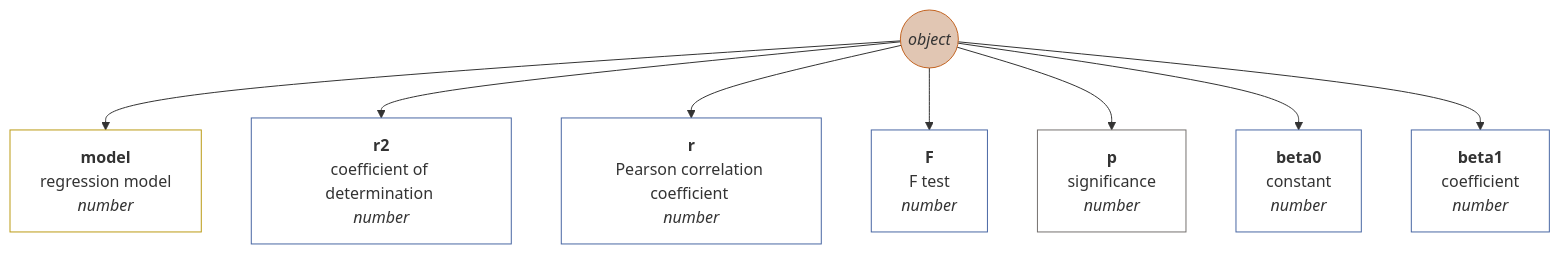
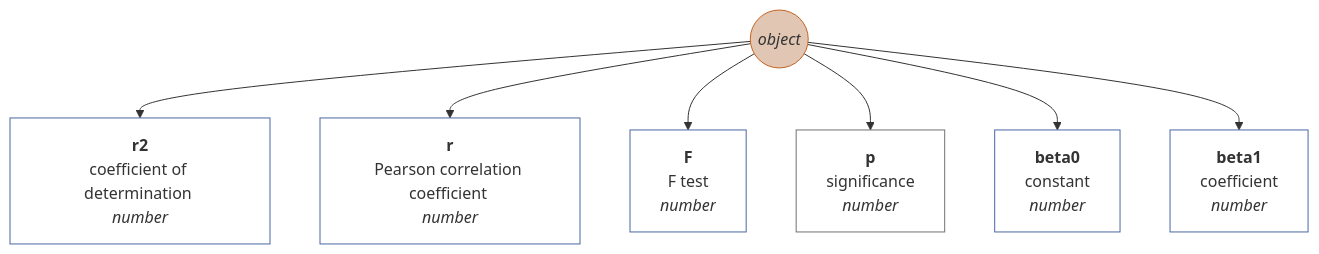
The first of 13 diagrams in docs/en-GB/matrix.md (muzikp/retusa), drawn with Mermaid before and after one commit. The commit also changed other lines of this file and 13 other files, not shown here.

````diff
--- a/docs/en-GB/matrix.md
+++ b/docs/en-GB/matrix.md
@@ -55,28 +60,25 @@
 ```mermaid
 graph TD
 linreg((<i>object</i>))
 style linreg fill:#E1C6B3;
 style linreg stroke:#C36422;
-linreg --> model[<b>model</b><br>regression model <br><i>number</i>]
-style model fill:#FFFFFF;
-style model stroke:#BB9B14;
 linreg --> r2[<b>r2</b><br>coefficient of determination <br><i>number</i>]
 style r2 fill:#FFFFFF;
 style r2 stroke:#4967A4;
 linreg --> r[<b>r</b><br>Pearson correlation coefficient <br><i>number</i>]
 style r fill:#FFFFFF;
 style r stroke:#4967A4;
 linreg --> F[<b>F</b><br>F test <br><i>number</i>]
 style F fill:#FFFFFF;
 style F stroke:#4967A4;
 linreg --> p[<b>p</b><br>significance <br><i>number</i>]
 style p fill:#FFFFFF;
 style p stroke:#75716F;
 linreg --> beta0[<b>beta0</b><br>constant <br><i>number</i>]
 style beta0 fill:#FFFFFF;
 style beta0 stroke:#4967A4;
 linreg --> beta1[<b>beta1</b><br>coefficient <br><i>number</i>]
 style beta1 fill:#FFFFFF;
 style beta1 stroke:#4967A4;
 
 ```
````
